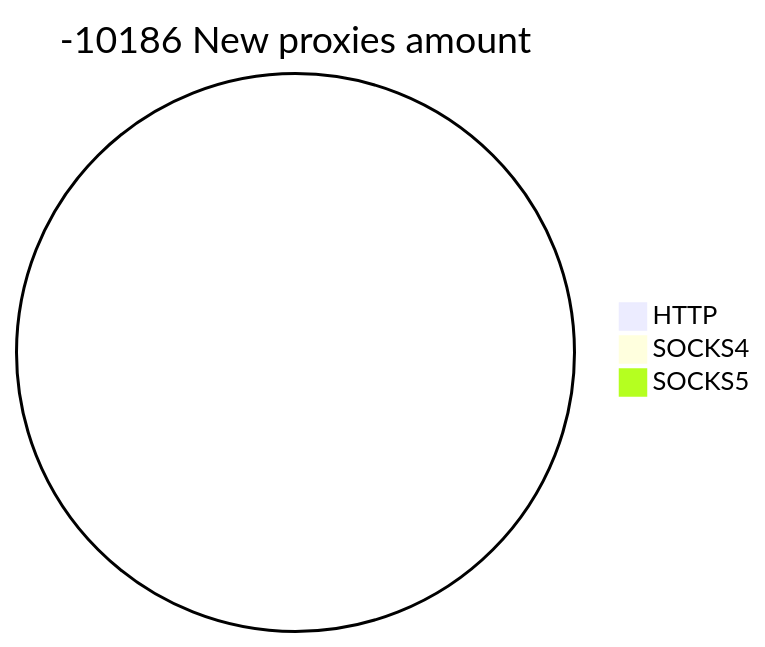
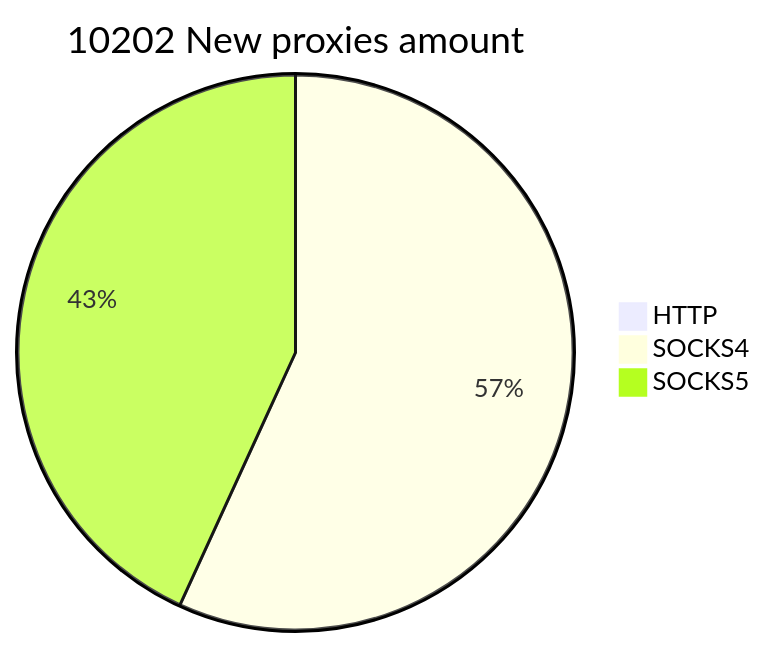
Before and after one commit to cutipu/proxylist: the second of 2 diagrams in README.md, drawn with Mermaid. The commit also changed other lines of this file, not shown here.

````diff
--- a/README.md
+++ b/README.md
@@ -10,6 +10,6 @@
 ```mermaid
-pie title -10186 New proxies amount
-    "HTTP" : 0
-    "SOCKS4" : 0
-    "SOCKS5" : 0
+pie title 10202 New proxies amount
+    "HTTP" : 44
+    "SOCKS4" : 5773
+    "SOCKS5" : 4385
 ```
````
